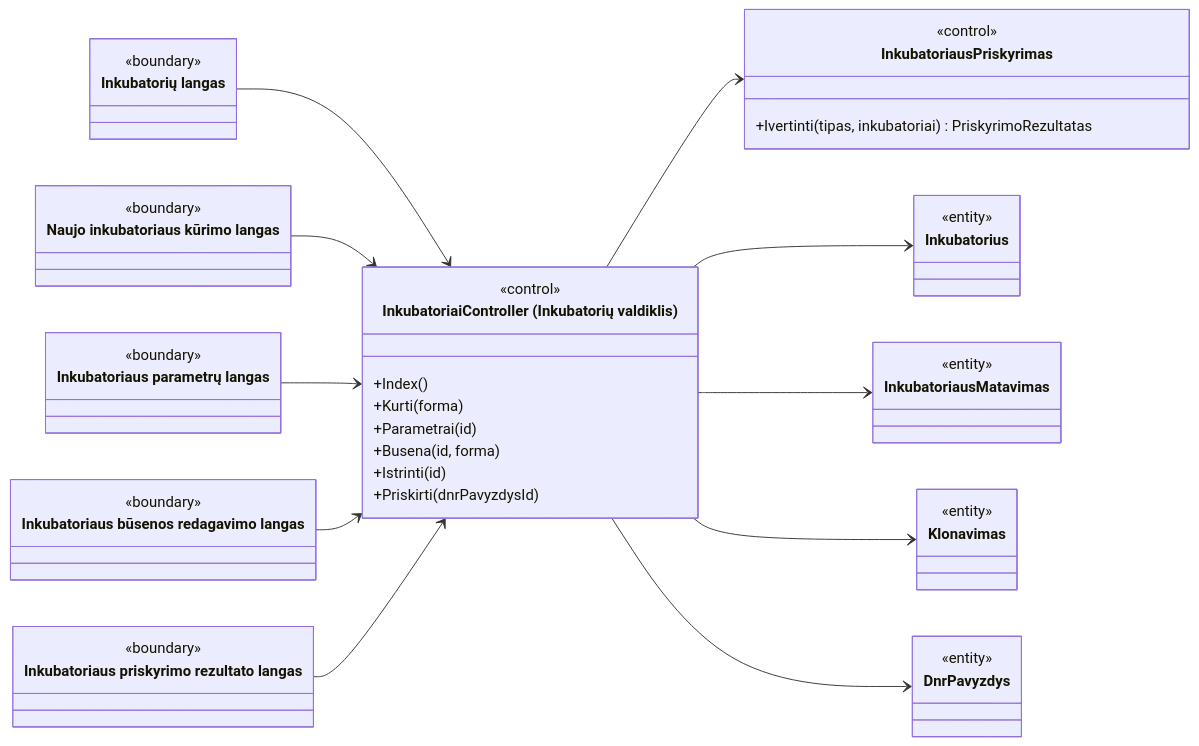
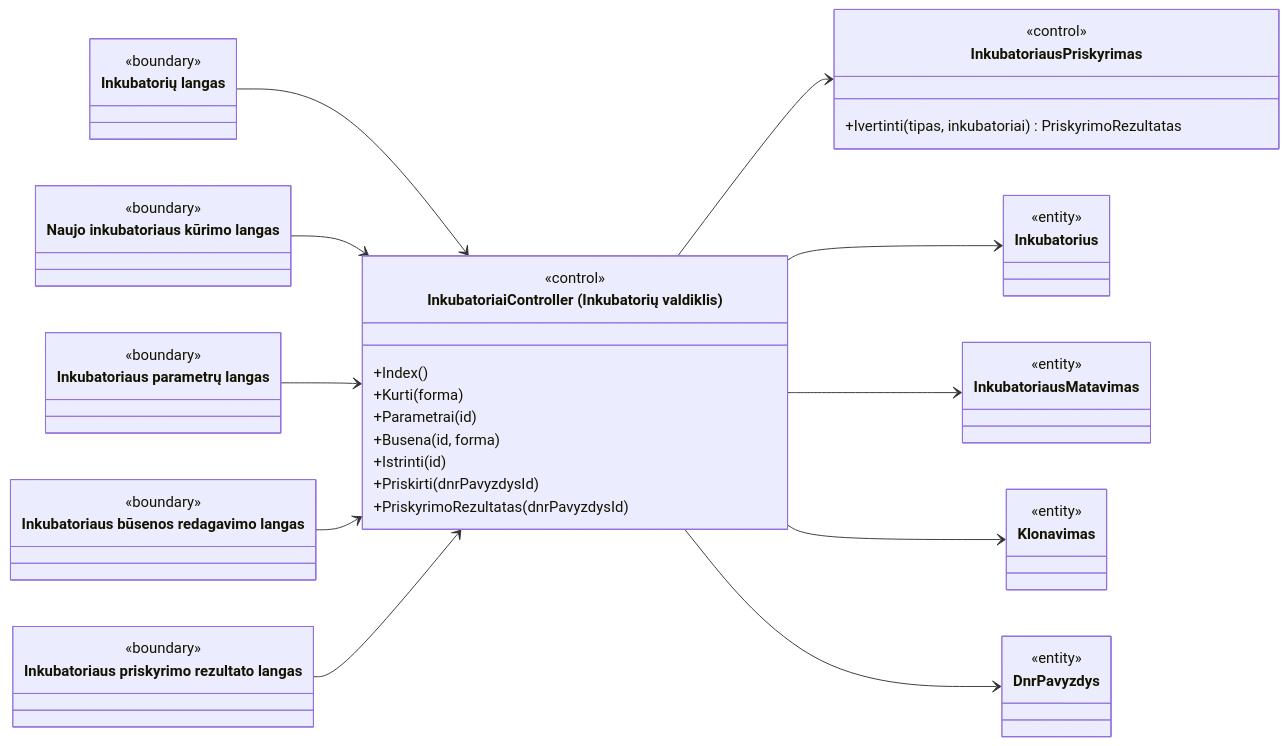
Before and after one commit to cmigle/gyvunu_klonavimo_sistema: the sixth of 7 diagrams in docs/architektura.md, drawn with Mermaid. The commit also changed other lines of this file, not shown here.

Commit message:
Add result and analysis actions to architecture

````diff
--- a/docs/architektura.md
+++ b/docs/architektura.md
@@ -263,37 +263,38 @@
 ```mermaid
 classDiagram
     direction LR
     class InkubatoriuLangas["Inkubatorių langas"] { <<boundary>> }
     class NaujoInkubatoriausLangas["Naujo inkubatoriaus kūrimo langas"] { <<boundary>> }
     class ParametruLangas["Inkubatoriaus parametrų langas"] { <<boundary>> }
     class BusenosLangas["Inkubatoriaus būsenos redagavimo langas"] { <<boundary>> }
     class PriskyrimoRezultatoLangas["Inkubatoriaus priskyrimo rezultato langas"] { <<boundary>> }
     class InkubatoriaiController["InkubatoriaiController (Inkubatorių valdiklis)"] {
         <<control>>
         +Index()
         +Kurti(forma)
         +Parametrai(id)
         +Busena(id, forma)
         +Istrinti(id)
         +Priskirti(dnrPavyzdysId)
+        +PriskyrimoRezultatas(dnrPavyzdysId)
     }
     class InkubatoriausPriskyrimas {
         <<control>>
         +Ivertinti(tipas, inkubatoriai) PriskyrimoRezultatas
     }
     class Inkubatorius { <<entity>> }
     class InkubatoriausMatavimas { <<entity>> }
     class Klonavimas { <<entity>> }
     class DnrPavyzdys { <<entity>> }
 
     InkubatoriuLangas --> InkubatoriaiController
     NaujoInkubatoriausLangas --> InkubatoriaiController
     ParametruLangas --> InkubatoriaiController
     BusenosLangas --> InkubatoriaiController
     PriskyrimoRezultatoLangas --> InkubatoriaiController
     InkubatoriaiController --> InkubatoriausPriskyrimas
     InkubatoriaiController --> Inkubatorius
     InkubatoriaiController --> InkubatoriausMatavimas
     InkubatoriaiController --> Klonavimas
     InkubatoriaiController --> DnrPavyzdys
 ```
````
